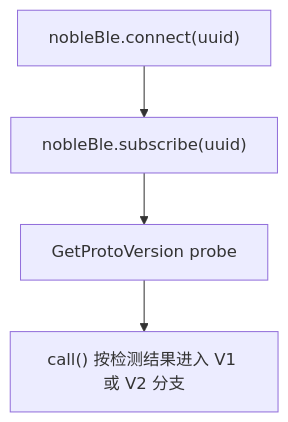
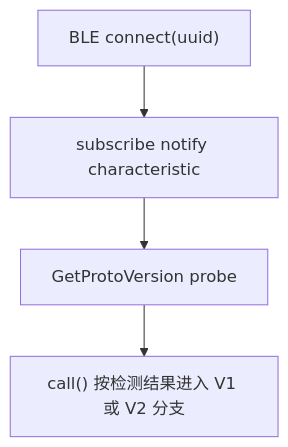
One commit to OneKeyHQ/hardware-js-sdk changed the third of 4 diagrams in docs/protocol-v2.md. Above: the diagram before and after it, drawn with Mermaid. The commit also changed other lines of this file and 4 other files, not shown here.

````diff
--- a/docs/protocol-v2.md
+++ b/docs/protocol-v2.md
@@ -119,9 +132,9 @@
 ```mermaid
 flowchart TD
-  Connect["nobleBle.connect(uuid)"]
-  Subscribe["nobleBle.subscribe(uuid)"]
+  Connect["BLE connect(uuid)"]
+  Subscribe["subscribe notify characteristic"]
   Probe["GetProtoVersion probe"]
   Call["call() 按检测结果进入 V1 或 V2 分支"]
 
   Connect --> Subscribe --> Probe --> Call
 ```
````
